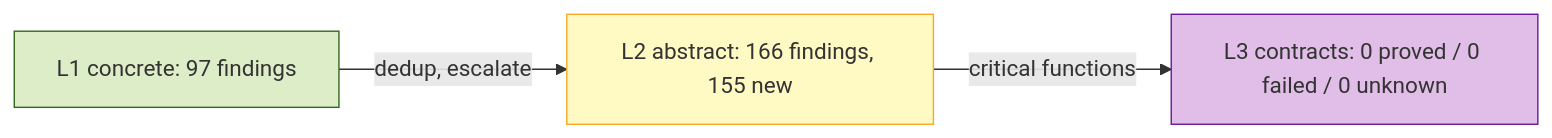
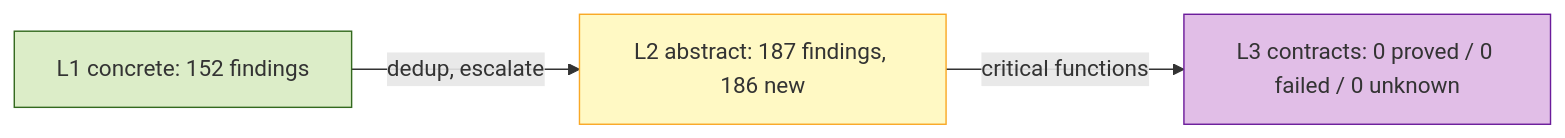
The first of 6 diagrams in reports/riantr_moonbit_doubleML@latest_0.164.64.md (riantr/LunaFlow), drawn with Mermaid before and after one commit. The commit also changed other lines of this file and 30 other files, not shown here.

````diff
--- a/reports/riantr_moonbit_doubleML@latest_0.164.64.md
+++ b/reports/riantr_moonbit_doubleML@latest_0.164.64.md
@@ -47,11 +48,11 @@
 ```mermaid
 flowchart LR
   classDef l1 fill:#dcedc8,stroke:#33691e
   classDef l2 fill:#fff9c4,stroke:#f9a825
   classDef l3 fill:#e1bee7,stroke:#6a1b9a
-  L1["L1 concrete: 97 findings"]:::l1
-  L2["L2 abstract: 166 findings, 155 new"]:::l2
+  L1["L1 concrete: 152 findings"]:::l1
+  L2["L2 abstract: 187 findings, 186 new"]:::l2
   L3["L3 contracts: 0 proved / 0 failed / 0 unknown"]:::l3
   L1 -->|"dedup, escalate"| L2
   L2 -->|"critical functions"| L3
 ```
````
